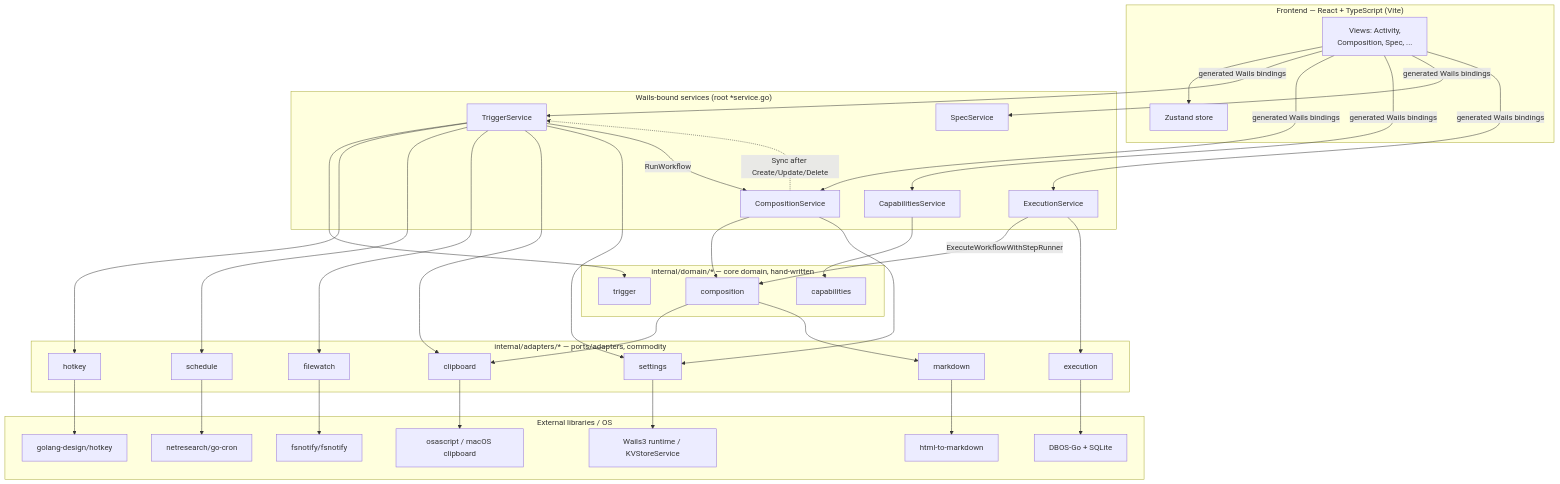
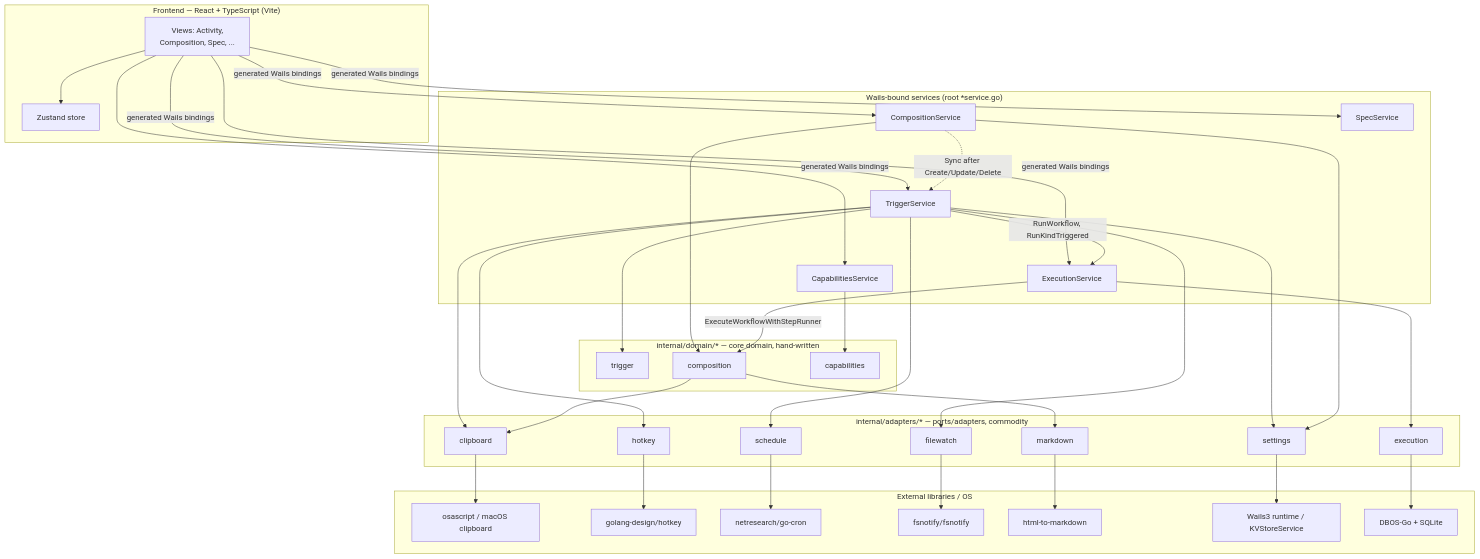
One commit to alicoding/mill changed the second of 2 diagrams in docs/SPEC.md. Above: the diagram before and after it, drawn with Mermaid. The commit also changed other lines of this file and 13 other files, not shown here.

First line of the commit message:
Implement ADR-0008: single execution path for every workflow run

````diff
--- a/docs/SPEC.md
+++ b/docs/SPEC.md
@@ -403,69 +403,69 @@
 ```mermaid
 graph TB
     subgraph Frontend["Frontend — React + TypeScript (Vite)"]
         Views["Views: Activity,<br/>Composition, Spec, ..."]
         Store["Zustand store"]
     end
     subgraph Bindings["Wails-bound services (root *service.go)"]
         TrigSvc["TriggerService"]
         CompSvc["CompositionService"]
         CapSvc["CapabilitiesService"]
         SpecSvc["SpecService"]
         ExecSvc["ExecutionService"]
     end
     subgraph Domain["internal/domain/* — core domain, hand-written"]
         TrigDom["trigger"]
         CompDom["composition"]
         CapDom["capabilities"]
     end
     subgraph Adapters["internal/adapters/* — ports/adapters, commodity"]
         Clipboard["clipboard"]
         Markdown["markdown"]
         Hotkey["hotkey"]
         Schedule["schedule"]
         Filewatch["filewatch"]
         Settings["settings"]
         ExecAdapter["execution"]
     end
     subgraph External["External libraries / OS"]
         OSA["osascript / macOS clipboard"]
         GDH["golang-design/hotkey"]
         NRC["netresearch/go-cron"]
         FSN["fsnotify/fsnotify"]
         H2M["html-to-markdown"]
         WailsRT["Wails3 runtime / KVStoreService"]
         DBOSExt["DBOS-Go + SQLite"]
     end
 
     Views --> Store
     Views -->|generated Wails bindings| TrigSvc
     Views -->|generated Wails bindings| CompSvc
     Views -->|generated Wails bindings| CapSvc
     Views -->|generated Wails bindings| SpecSvc
     Views -->|generated Wails bindings| ExecSvc
 
     TrigSvc --> TrigDom
     TrigSvc --> Hotkey
     TrigSvc --> Schedule
     TrigSvc --> Filewatch
     TrigSvc --> Clipboard
     TrigSvc --> Settings
-    TrigSvc -->|RunWorkflow| CompSvc
+    TrigSvc -->|RunWorkflow, RunKindTriggered| ExecSvc
     CompSvc --> CompDom
     CompSvc --> Settings
     CompSvc -.->|Sync after Create/Update/Delete| TrigSvc
     CapSvc --> CapDom
     ExecSvc -->|ExecuteWorkflowWithStepRunner| CompDom
     ExecSvc --> ExecAdapter
 
     CompDom --> Clipboard
     CompDom --> Markdown
 
     Clipboard --> OSA
     Markdown --> H2M
     Hotkey --> GDH
     Schedule --> NRC
     Filewatch --> FSN
     Settings --> WailsRT
     ExecAdapter --> DBOSExt
 ```
````
